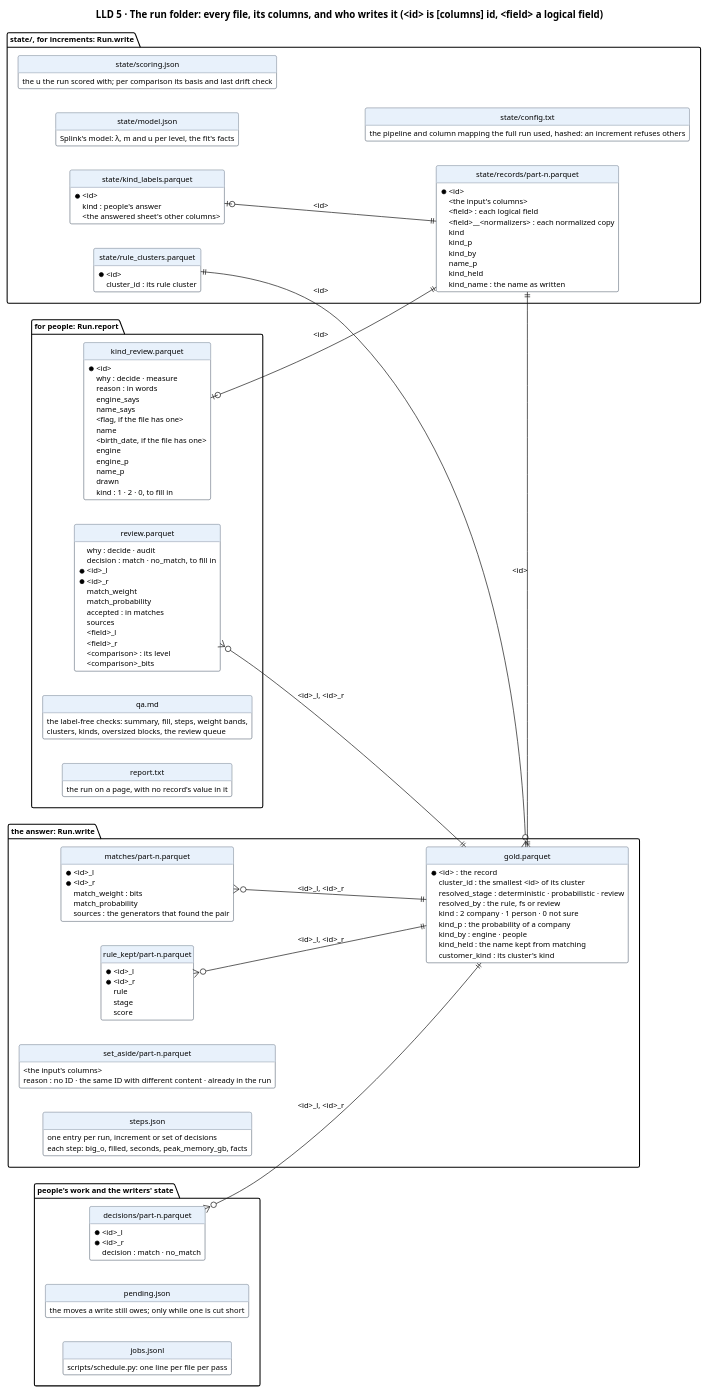
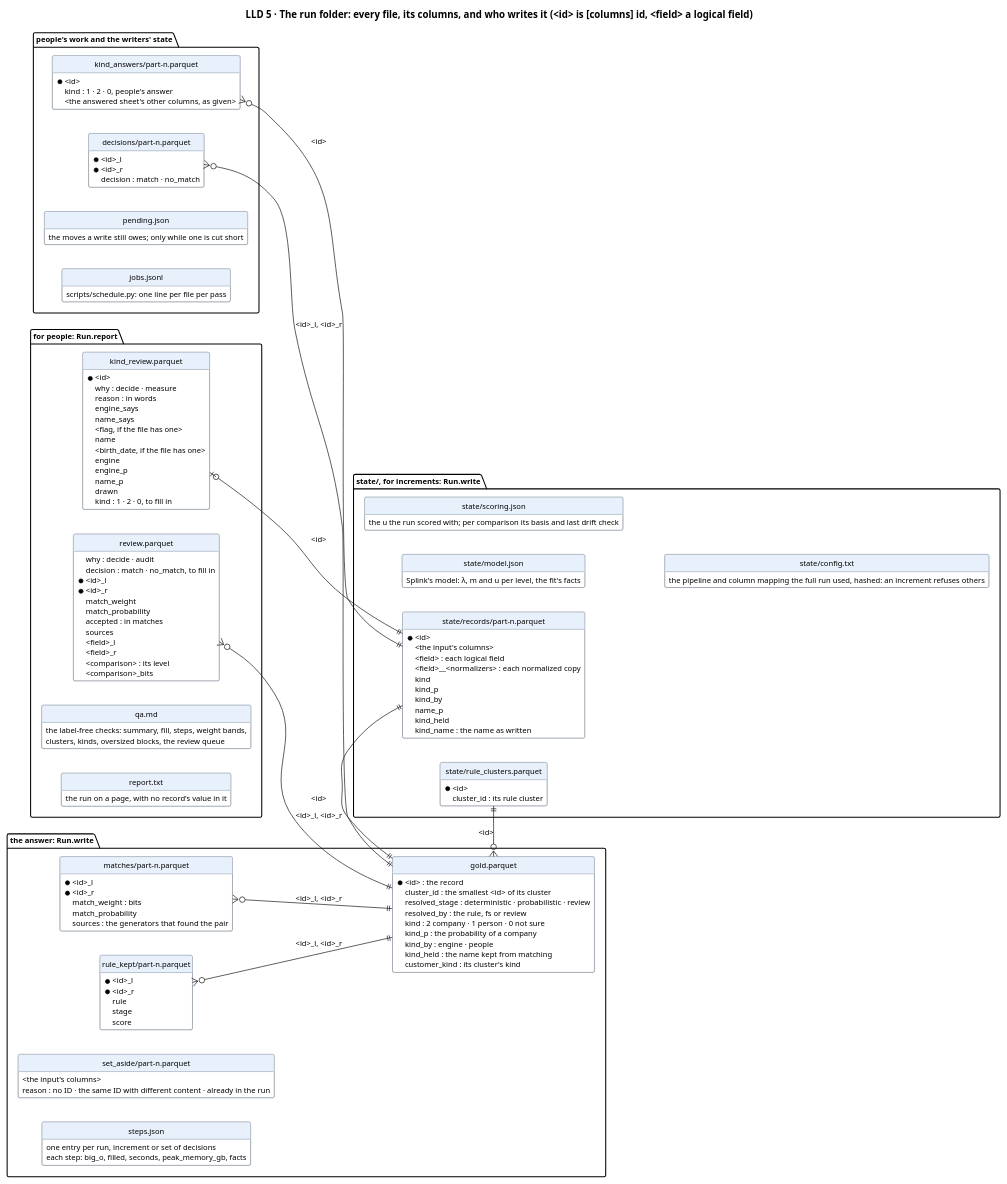
One commit to mvsbm/entity_matching changed the diagram in docs/diagrams/data.puml. Above: the diagram before and after it, drawn with PlantUML. The commit also changed 12 other files, not shown here.

First line of the commit message:
People's person/company answers kept as given, a part per sheet

```diff
--- a/docs/diagrams/data.puml
+++ b/docs/diagrams/data.puml
@@ -1,144 +1,144 @@
 @startuml data
 title LLD 5 · The run folder: every file, its columns, and who writes it (<id> is [columns] id, <field> a logical field)
 set namespaceSeparator none
 left to right direction
 hide circle
 hide methods
 skinparam defaultFontSize 11
 skinparam class {
   BackgroundColor #FFFFFF
   BorderColor #65717E
   HeaderBackgroundColor #E8F1FB
 }
 
 package "the answer: Run.write" {
   entity "gold.parquet" as gold {
     * <id> : the record
     cluster_id : the smallest <id> of its cluster
     resolved_stage : deterministic · probabilistic · review
     resolved_by : the rule, fs or review
     kind : 2 company · 1 person · 0 not sure
     kind_p : the probability of a company
     kind_by : engine · people
     kind_held : the name kept from matching
     customer_kind : its cluster's kind
   }
   entity "matches/part-n.parquet" as matches {
     * <id>_l
     * <id>_r
     match_weight : bits
     match_probability
     sources : the generators that found the pair
   }
   entity "rule_kept/part-n.parquet" as rule_kept {
     * <id>_l
     * <id>_r
     rule
     stage
     score
   }
   entity "set_aside/part-n.parquet" as set_aside {
     <the input's columns>
     reason : no ID · the same ID with different content · already in the run
   }
   entity "steps.json" as steps {
     one entry per run, increment or set of decisions
     each step: big_o, filled, seconds, peak_memory_gb, facts
   }
 }
 
 package "state/, for increments: Run.write" {
   entity "state/records/part-n.parquet" as records {
     * <id>
     <the input's columns>
     <field> : each logical field
     <field>__<normalizers> : each normalized copy
     kind
     kind_p
     kind_by
     name_p
     kind_held
     kind_name : the name as written
   }
   entity "state/rule_clusters.parquet" as rule_clusters {
     * <id>
     cluster_id : its rule cluster
   }
   entity "state/model.json" as model {
     Splink's model: λ, m and u per level, the fit's facts
   }
   entity "state/scoring.json" as scoring {
     the u the run scored with; per comparison its basis and last drift check
   }
   entity "state/config.txt" as config {
     the pipeline and column mapping the full run used, hashed: an increment refuses others
   }
-  entity "state/kind_labels.parquet" as kind_labels {
-    * <id>
-    kind : people's answer
-    <the answered sheet's other columns>
-  }
 }
 
 package "for people: Run.report" {
   entity "review.parquet" as review {
     why : decide · audit
     decision : match · no_match, to fill in
     * <id>_l
     * <id>_r
     match_weight
     match_probability
     accepted : in matches
     sources
     <field>_l
     <field>_r
     <comparison> : its level
     <comparison>_bits
   }
   entity "kind_review.parquet" as kind_review {
     * <id>
     why : decide · measure
     reason : in words
     engine_says
     name_says
     <flag, if the file has one>
     name
     <birth_date, if the file has one>
     engine
     engine_p
     name_p
     drawn
     kind : 1 · 2 · 0, to fill in
   }
   entity "qa.md" as qa {
     the label-free checks: summary, fill, steps, weight bands,
     clusters, kinds, oversized blocks, the review queue
   }
   entity "report.txt" as report {
     the run on a page, with no record's value in it
   }
 }
 
 package "people's work and the writers' state" {
   entity "decisions/part-n.parquet" as decisions {
     * <id>_l
     * <id>_r
     decision : match · no_match
   }
+  entity "kind_answers/part-n.parquet" as kind_answers {
+    * <id>
+    kind : 1 · 2 · 0, people's answer
+    <the answered sheet's other columns, as given>
+  }
   entity "pending.json" as pending {
     the moves a write still owes; only while one is cut short
   }
   entity "jobs.jsonl" as jobs {
     scripts/schedule.py: one line per file per pass
   }
 }
 
 gold }o--|| rule_clusters : <id>
 matches }o--|| gold : <id>_l, <id>_r
 rule_kept }o--|| gold : <id>_l, <id>_r
 records ||--|| gold : <id>
-kind_labels |o--|| records : <id>
+kind_answers }o--|| records : <id>
 review }o--|| gold : <id>_l, <id>_r
 kind_review |o--|| records : <id>
 decisions }o--|| gold : <id>_l, <id>_r
 @enduml
```
